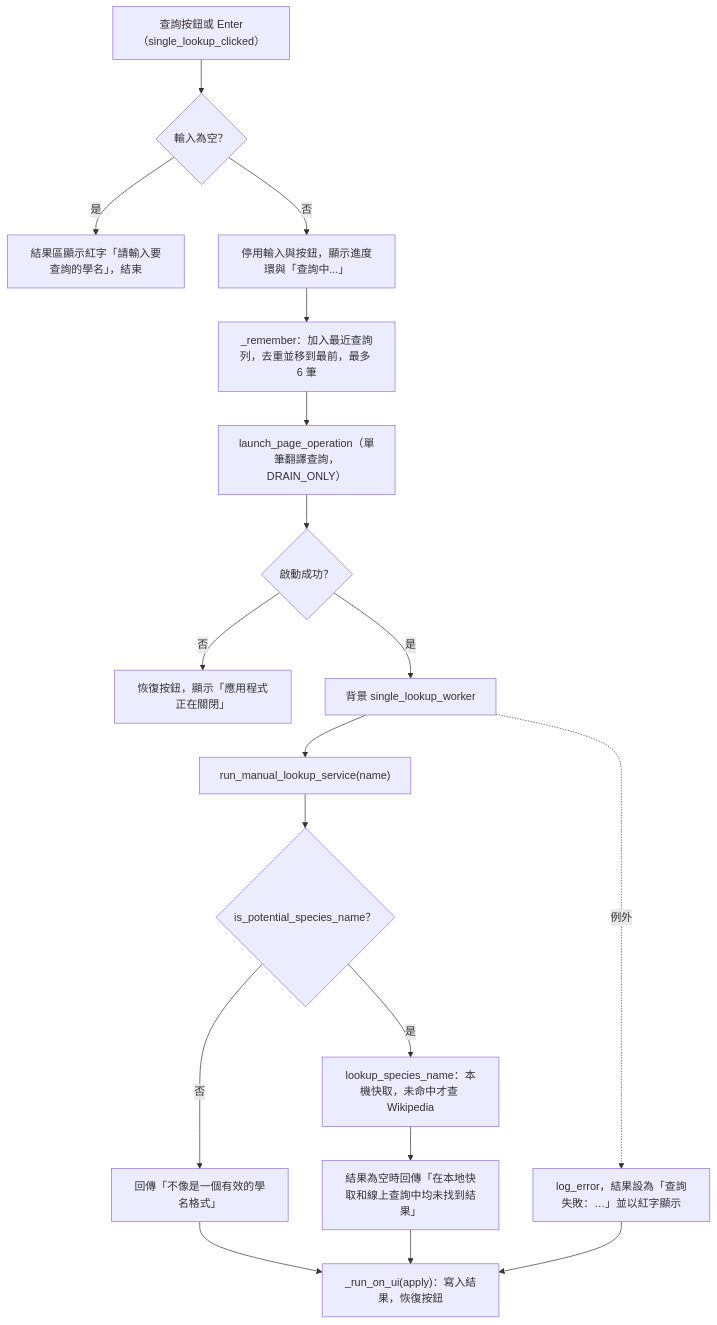
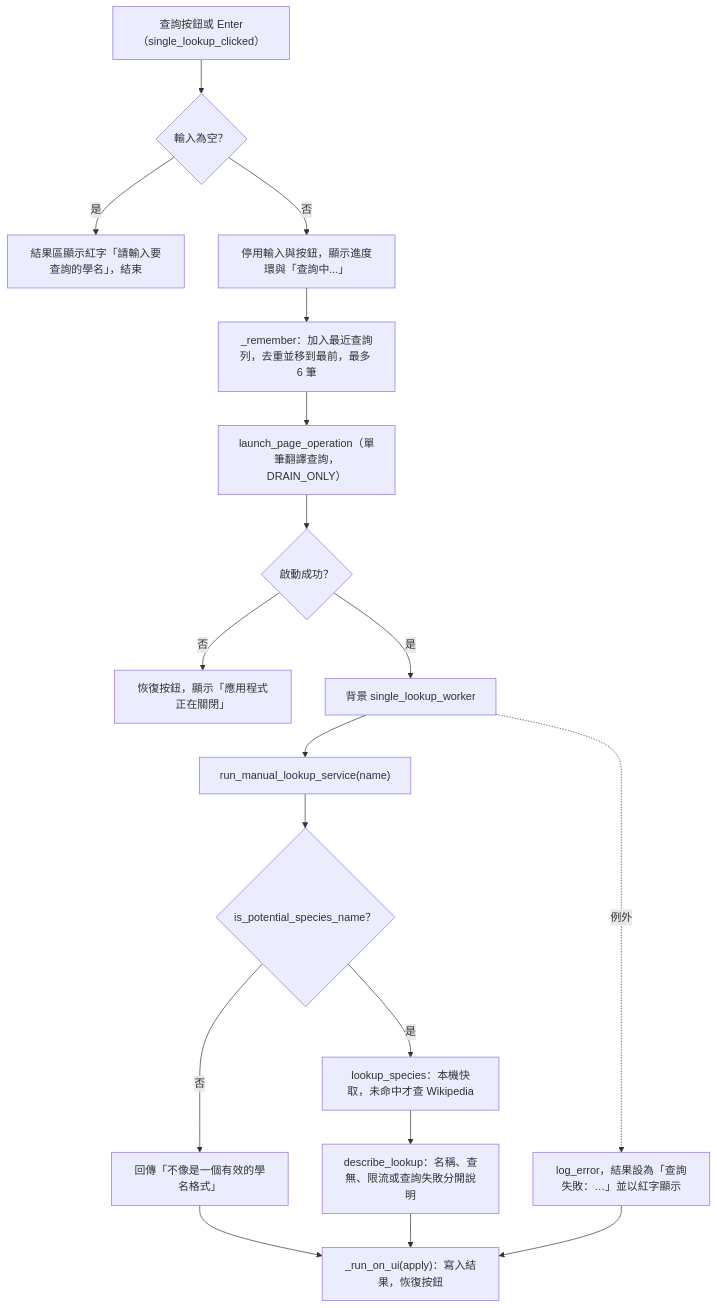
The first of 2 diagrams in docs/page_flows/lookup.md (jlin53882/Minecraft-translate), drawn with Mermaid before and after one commit. The commit also changed other lines of this file and 10 other files, not shown here.

First line of the commit message:
fix(species): resume pending parent lookups and classify errors on the lookup page

````diff
--- a/docs/page_flows/lookup.md
+++ b/docs/page_flows/lookup.md
@@ -18,20 +18,20 @@
 ```mermaid
 flowchart TD
     A["查詢按鈕或 Enter（single_lookup_clicked）"] --> B{"輸入為空？"}
     B -- 是 --> C["結果區顯示紅字「請輸入要查詢的學名」，結束"]
     B -- 否 --> D["停用輸入與按鈕，顯示進度環與「查詢中...」"]
     D --> E["_remember：加入最近查詢列，去重並移到最前，最多 6 筆"]
     E --> F["launch_page_operation（單筆翻譯查詢，DRAIN_ONLY）"]
     F --> G{"啟動成功？"}
     G -- 否 --> H["恢復按鈕，顯示「應用程式正在關閉」"]
     G -- 是 --> I["背景 single_lookup_worker"]
     I --> J["run_manual_lookup_service(name)"]
     J --> K{"is_potential_species_name？"}
     K -- 否 --> L["回傳「不像是一個有效的學名格式」"]
-    K -- 是 --> M["lookup_species_name：本機快取，未命中才查 Wikipedia"]
-    M --> N["結果為空時回傳「在本地快取和線上查詢中均未找到結果」"]
+    K -- 是 --> M["lookup_species：本機快取，未命中才查 Wikipedia"]
+    M --> N["describe_lookup：名稱、查無、限流或查詢失敗分開說明"]
     L --> O["_run_on_ui(apply)：寫入結果，恢復按鈕"]
     N --> O
     I -. 例外 .-> P["log_error，結果設為「查詢失敗：…」並以紅字顯示"]
     P --> O
 ```
````
